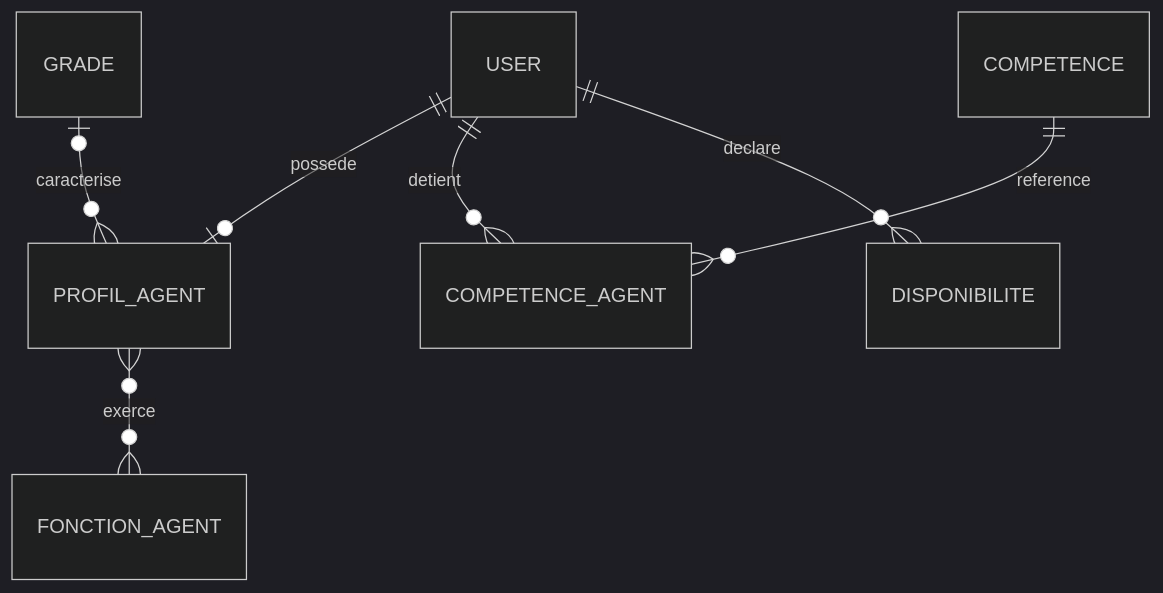
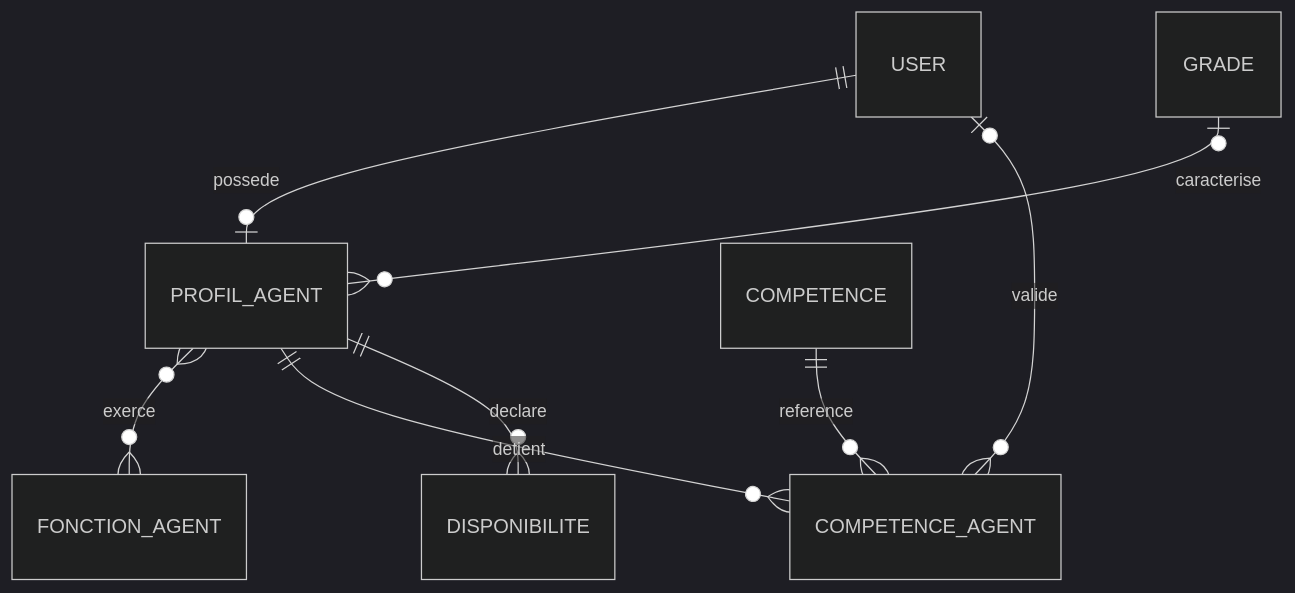
Before and after one commit to morbyd03/dispo: the diagram in docs/MODELE_DONNEES.md, drawn with Mermaid (dark theme). The commit also changed other lines of this file and 3 other files, not shown here.

````diff
--- a/docs/MODELE_DONNEES.md
+++ b/docs/MODELE_DONNEES.md
@@ -27,9 +27,10 @@
 ```mermaid
 erDiagram
     USER ||--o| PROFIL_AGENT : possede
     GRADE o|--o{ PROFIL_AGENT : caracterise
     PROFIL_AGENT }o--o{ FONCTION_AGENT : exerce
-    USER ||--o{ COMPETENCE_AGENT : detient
+    PROFIL_AGENT ||--o{ COMPETENCE_AGENT : detient
     COMPETENCE ||--o{ COMPETENCE_AGENT : reference
-    USER ||--o{ DISPONIBILITE : declare
+    PROFIL_AGENT ||--o{ DISPONIBILITE : declare
+    USER o|--o{ COMPETENCE_AGENT : valide
 ```
````
